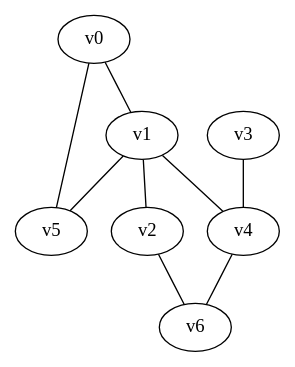
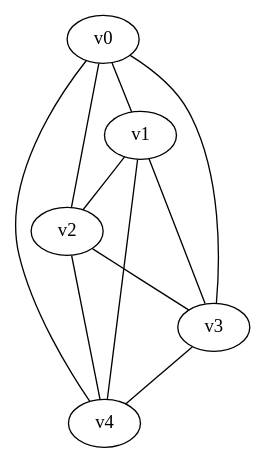
The diagram in cmake-build-debug/aus_adjazenz.gv (jo20046/graphen), drawn with Graphviz before and after one commit. The commit also changed 32 other files, not shown here.

Commit message:
Zeiger auf Graph in Konstruktoren; VollstaendigerGraph

```diff
--- a/cmake-build-debug/aus_adjazenz.gv
+++ b/cmake-build-debug/aus_adjazenz.gv
@@ -1,17 +1,17 @@
 graph {
   v0
   v1
   v2
   v3
   v4
-  v5
-  v6
   v0 -- v1
-  v0 -- v5
+  v0 -- v2
+  v0 -- v3
+  v0 -- v4
   v1 -- v2
+  v1 -- v3
   v1 -- v4
-  v1 -- v5
-  v2 -- v6
+  v2 -- v3
+  v2 -- v4
   v3 -- v4
-  v4 -- v6
 }
```
